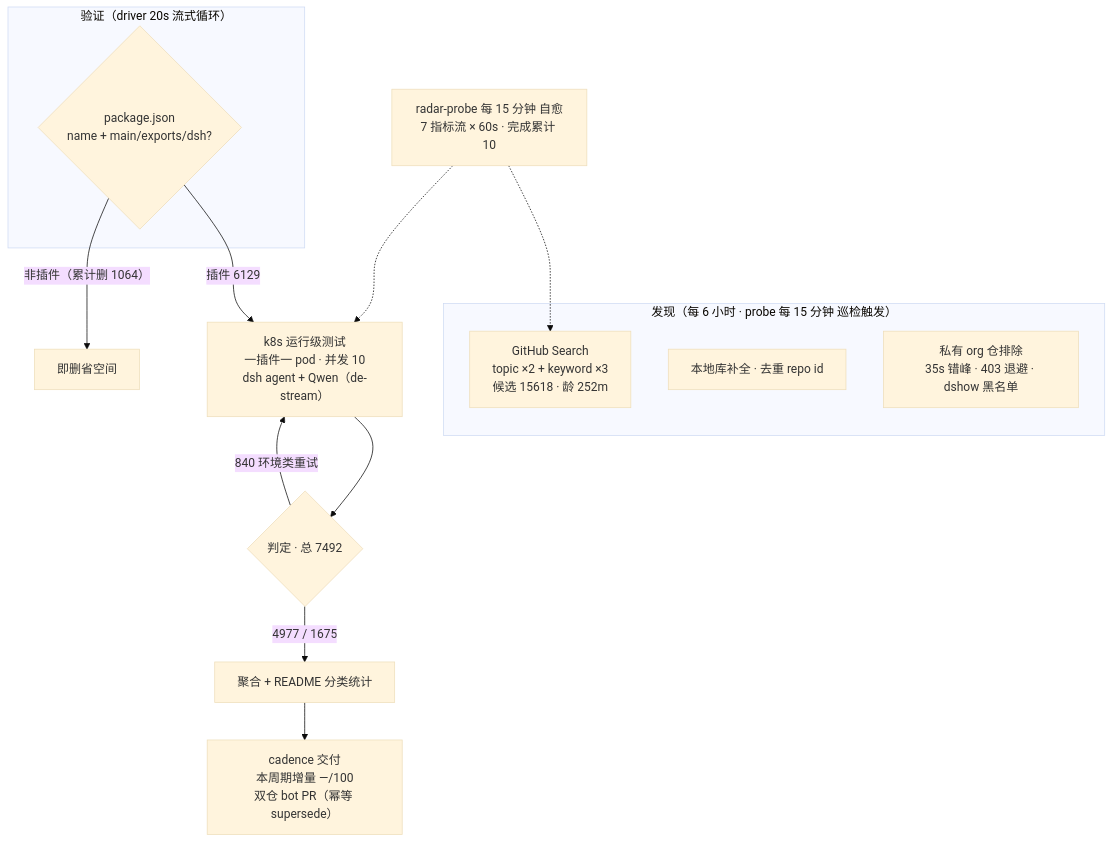
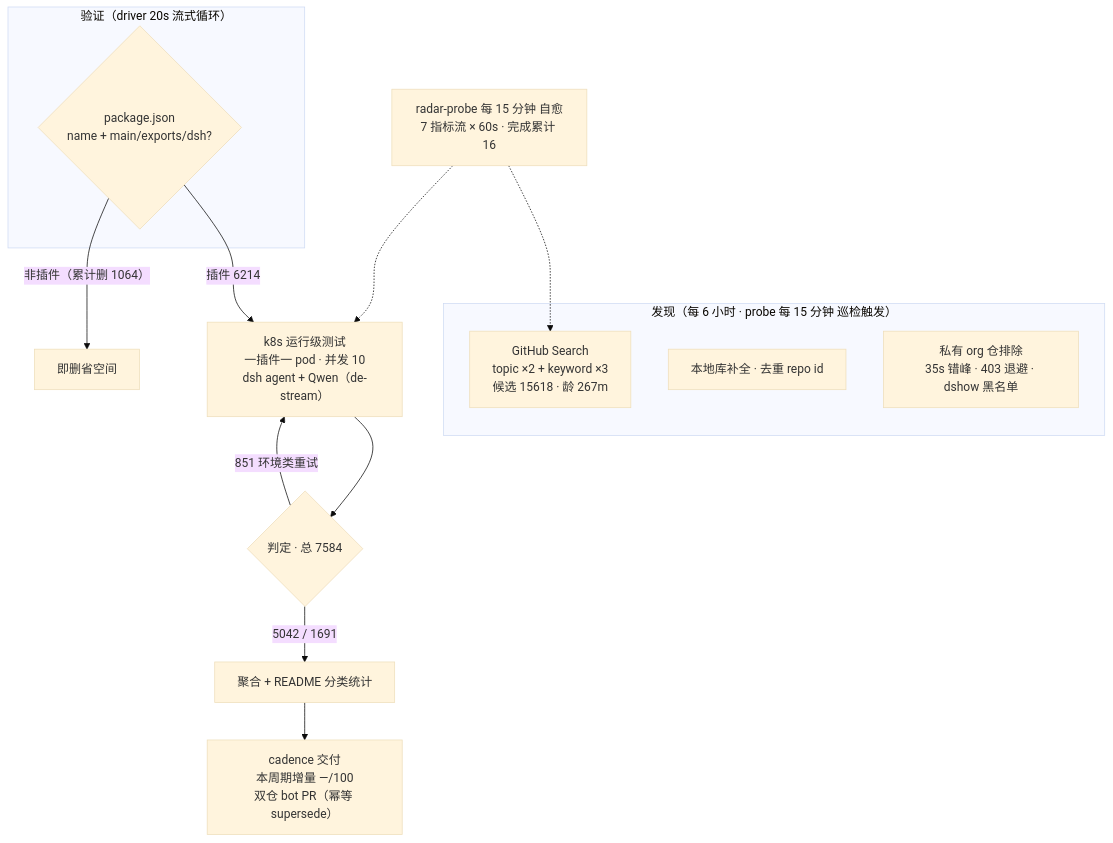
One commit to Zhidao-Lab-OSS/awesome-dsh-plugins changed the diagram in README.md. Above: the diagram before and after it, drawn with Mermaid (base theme). The commit also changed other lines of this file and 1 other file, not shown here.

````diff
--- a/README.md
+++ b/README.md
@@ -37,20 +37,20 @@
 ```mermaid
 flowchart TB
     subgraph Discovery["发现（每 6 小时 · probe 每 15 分钟 巡检触发）"]
-        A1["GitHub Search<br/>topic ×2 + keyword ×3<br/>候选 15618 · 龄 252m"]
+        A1["GitHub Search<br/>topic ×2 + keyword ×3<br/>候选 15618 · 龄 267m"]
         A2["本地库补全 · 去重 repo id"]
         A3["私有 org 仓排除<br/>35s 错峰 · 403 退避 · dshow 黑名单"]
     end
     subgraph Validation["验证（driver 20s 流式循环）"]
         B1{"package.json<br/>name + main/exports/dsh?"}
     end
-    B1 -->|"插件 6129"| C1["k8s 运行级测试<br/>一插件一 pod · 并发 10<br/>dsh agent + Qwen（de-stream）"]
+    B1 -->|"插件 6214"| C1["k8s 运行级测试<br/>一插件一 pod · 并发 10<br/>dsh agent + Qwen（de-stream）"]
     B1 -->|"非插件（累计删 1064）"| B3["即删省空间"]
-    C1 --> D1{"判定 · 总 7492"}
-    D1 -->|"4977 / 1675"| E1["聚合 + README 分类统计"]
-    D1 -->|"840 环境类重试"| C1
+    C1 --> D1{"判定 · 总 7584"}
+    D1 -->|"5042 / 1691"| E1["聚合 + README 分类统计"]
+    D1 -->|"851 环境类重试"| C1
     E1 --> E2["cadence 交付<br/>本周期增量 —/100<br/>双仓 bot PR（幂等 supersede）"]
-    M["radar-probe 每 15 分钟 自愈<br/>7 指标流 × 60s · 完成累计 10"]
+    M["radar-probe 每 15 分钟 自愈<br/>7 指标流 × 60s · 完成累计 16"]
     M -.-> A1
     M -.-> C1
 ```
````
